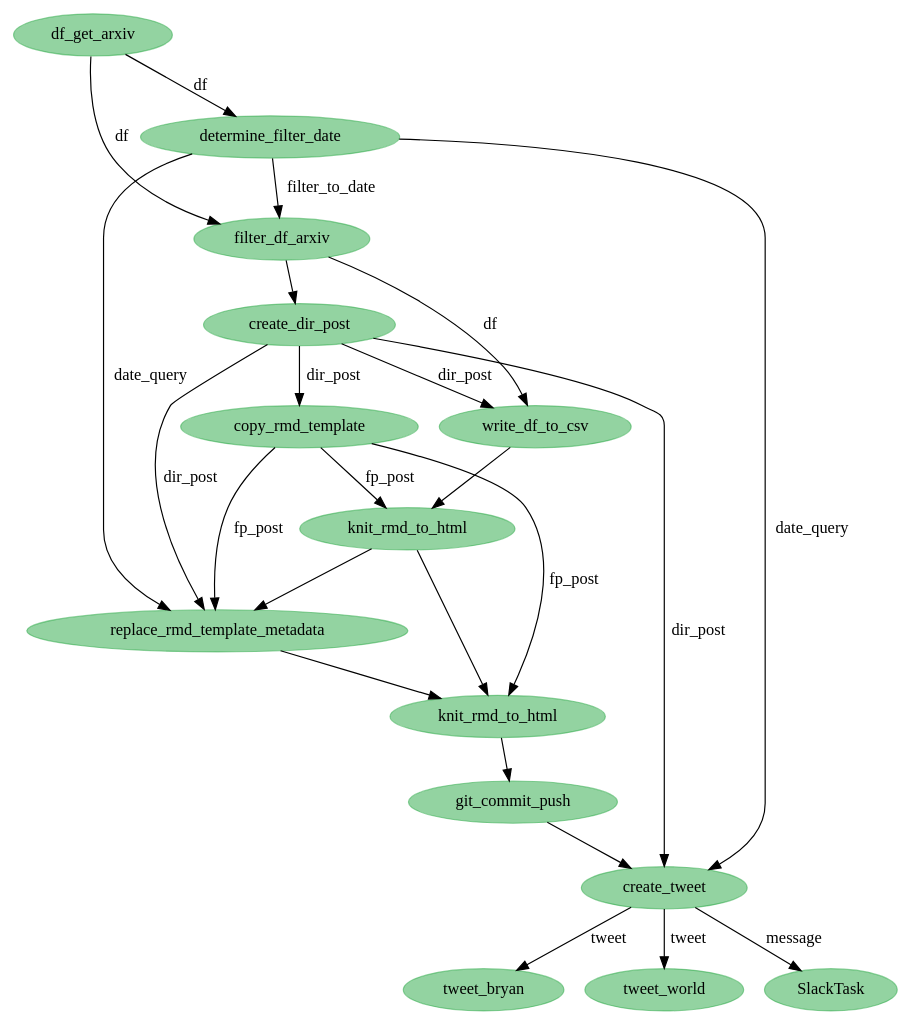
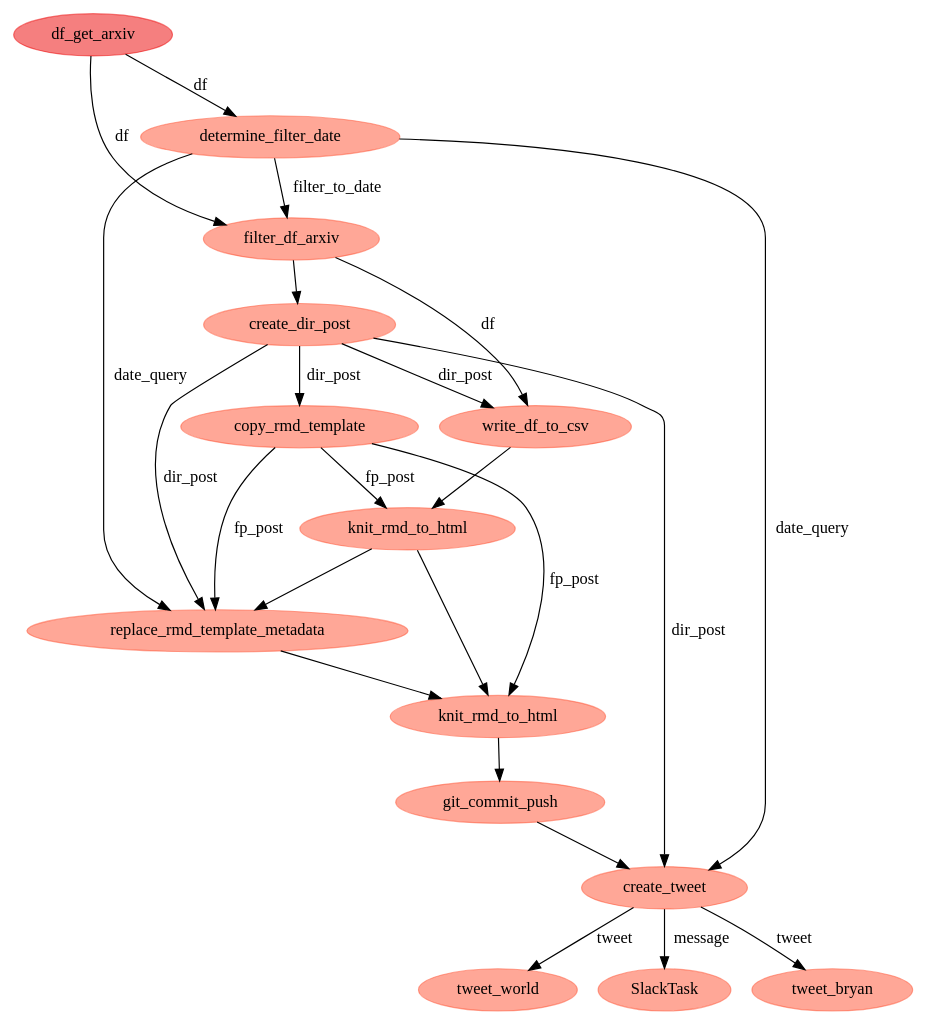
One commit to bryanwhiting/ds-arxiv changed the diagram in python/state-viz.dot. Above: the diagram before and after it, drawn with Graphviz. The commit also changed 9 other files, not shown here.

```diff
--- a/python/state-viz.dot
+++ b/python/state-viz.dot
@@ -1,39 +1,39 @@
 digraph {
-	4580325072 [label=tweet_bryan color="#28a74580" colorscheme=svg shape=ellipse style=filled]
-	4580324176 [label=create_tweet color="#28a74580" colorscheme=svg shape=ellipse style=filled]
-	4580325328 [label=tweet_world color="#28a74580" colorscheme=svg shape=ellipse style=filled]
-	4580244560 [label=df_get_arxiv color="#28a74580" colorscheme=svg shape=ellipse style=filled]
-	4580245136 [label=create_dir_post color="#28a74580" colorscheme=svg shape=ellipse style=filled]
-	4580244304 [label=filter_df_arxiv color="#28a74580" colorscheme=svg shape=ellipse style=filled]
-	4580244112 [label=determine_filter_date color="#28a74580" colorscheme=svg shape=ellipse style=filled]
-	4580303056 [label=write_df_to_csv color="#28a74580" colorscheme=svg shape=ellipse style=filled]
-	4580304016 [label=copy_rmd_template color="#28a74580" colorscheme=svg shape=ellipse style=filled]
-	4580304272 [label=knit_rmd_to_html color="#28a74580" colorscheme=svg shape=ellipse style=filled]
-	4580304976 [label=replace_rmd_template_metadata color="#28a74580" colorscheme=svg shape=ellipse style=filled]
-	4580306192 [label=knit_rmd_to_html color="#28a74580" colorscheme=svg shape=ellipse style=filled]
-	4580323536 [label=git_commit_push color="#28a74580" colorscheme=svg shape=ellipse style=filled]
-	4580325712 [label=SlackTask color="#28a74580" colorscheme=svg shape=ellipse style=filled]
-	4580304016 -> 4580304272 [label=fp_post]
-	4580304016 -> 4580306192 [label=fp_post]
-	4580245136 -> 4580303056 [label=dir_post]
-	4580245136 -> 4580304976 [label=dir_post]
-	4580245136 -> 4580324176 [label=dir_post]
-	4580324176 -> 4580325712 [label=message]
-	4580244112 -> 4580244304 [label=filter_to_date]
-	4580244304 -> 4580245136
-	4580244560 -> 4580244112 [label=df]
-	4580303056 -> 4580304272
-	4580304272 -> 4580304976
-	4580304976 -> 4580306192
-	4580306192 -> 4580323536
-	4580244112 -> 4580304976 [label=date_query]
-	4580304016 -> 4580304976 [label=fp_post]
-	4580244112 -> 4580324176 [label=date_query]
-	4580245136 -> 4580304016 [label=dir_post]
-	4580324176 -> 4580325072 [label=tweet]
-	4580324176 -> 4580325328 [label=tweet]
-	4580304272 -> 4580306192
-	4580244304 -> 4580303056 [label=df]
-	4580244560 -> 4580244304 [label=df]
-	4580323536 -> 4580324176
+	4736907600 [label=tweet_world color="#ff513180" colorscheme=svg shape=ellipse style=filled]
+	4736907984 [label=SlackTask color="#ff513180" colorscheme=svg shape=ellipse style=filled]
+	4736822736 [label=df_get_arxiv color="#eb000080" colorscheme=svg shape=ellipse style=filled]
+	4736822288 [label=determine_filter_date color="#ff513180" colorscheme=svg shape=ellipse style=filled]
+	4736884816 [label=create_dir_post color="#ff513180" colorscheme=svg shape=ellipse style=filled]
+	4736885328 [label=write_df_to_csv color="#ff513180" colorscheme=svg shape=ellipse style=filled]
+	4736822480 [label=filter_df_arxiv color="#ff513180" colorscheme=svg shape=ellipse style=filled]
+	4736886288 [label=copy_rmd_template color="#ff513180" colorscheme=svg shape=ellipse style=filled]
+	4736886544 [label=knit_rmd_to_html color="#ff513180" colorscheme=svg shape=ellipse style=filled]
+	4736887248 [label=replace_rmd_template_metadata color="#ff513180" colorscheme=svg shape=ellipse style=filled]
+	4736888464 [label=knit_rmd_to_html color="#ff513180" colorscheme=svg shape=ellipse style=filled]
+	4736905808 [label=git_commit_push color="#ff513180" colorscheme=svg shape=ellipse style=filled]
+	4736906448 [label=create_tweet color="#ff513180" colorscheme=svg shape=ellipse style=filled]
+	4736907344 [label=tweet_bryan color="#ff513180" colorscheme=svg shape=ellipse style=filled]
+	4736906448 -> 4736907984 [label=message]
+	4736822736 -> 4736822480 [label=df]
+	4736822480 -> 4736885328 [label=df]
+	4736822288 -> 4736887248 [label=date_query]
+	4736822288 -> 4736906448 [label=date_query]
+	4736888464 -> 4736905808
+	4736885328 -> 4736886544
+	4736886288 -> 4736887248 [label=fp_post]
+	4736886544 -> 4736887248
+	4736887248 -> 4736888464
+	4736884816 -> 4736886288 [label=dir_post]
+	4736884816 -> 4736906448 [label=dir_post]
+	4736906448 -> 4736907344 [label=tweet]
+	4736906448 -> 4736907600 [label=tweet]
+	4736822736 -> 4736822288 [label=df]
+	4736822480 -> 4736884816
+	4736886288 -> 4736886544 [label=fp_post]
+	4736822288 -> 4736822480 [label=filter_to_date]
+	4736886288 -> 4736888464 [label=fp_post]
+	4736886544 -> 4736888464
+	4736884816 -> 4736885328 [label=dir_post]
+	4736905808 -> 4736906448
+	4736884816 -> 4736887248 [label=dir_post]
 }
```
